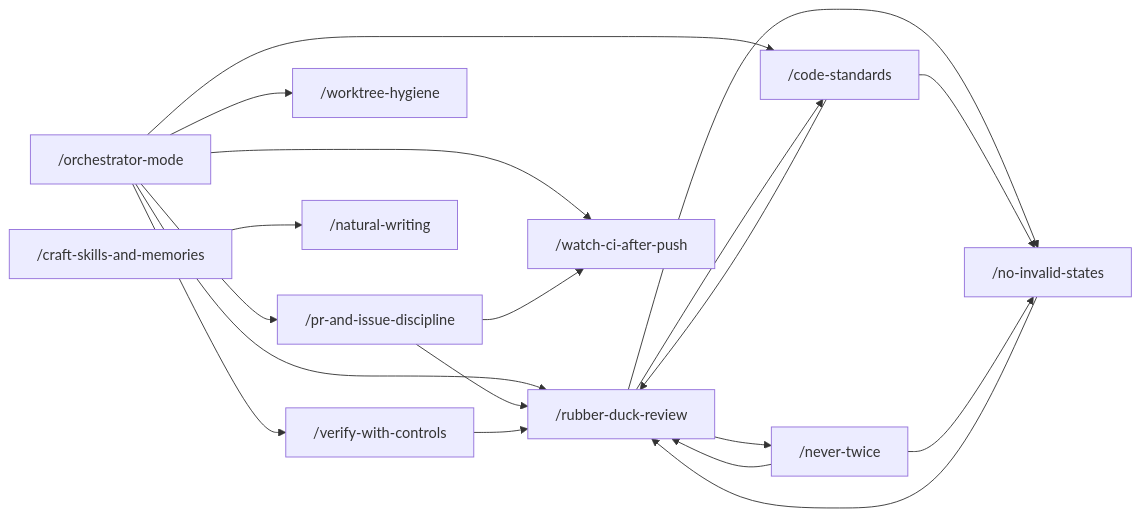
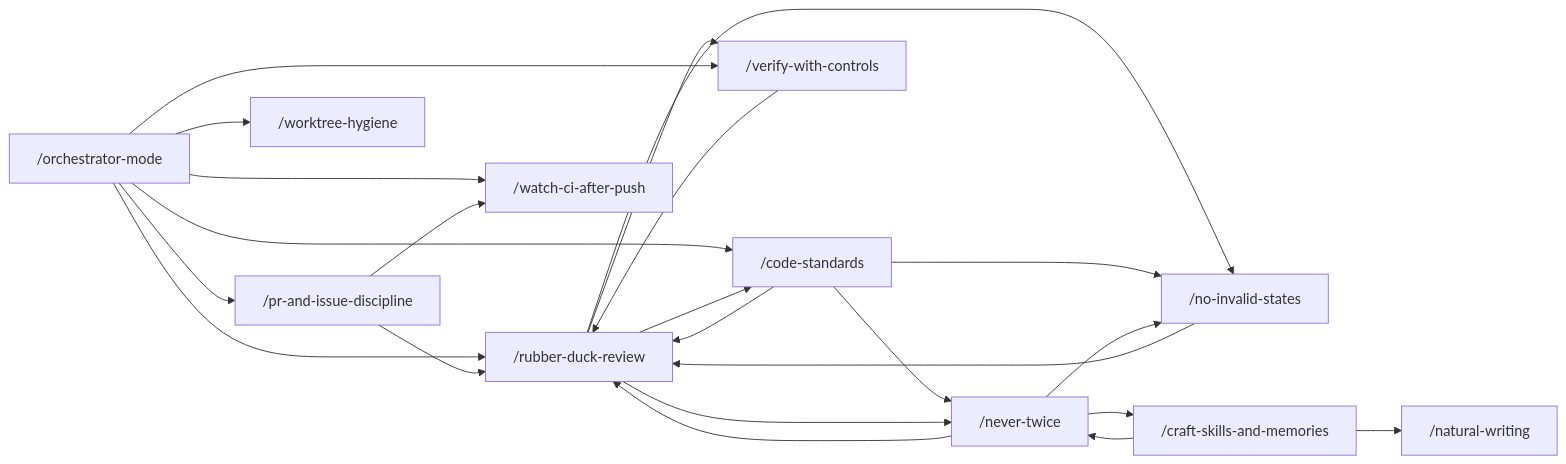
One commit to Vivswan/skills changed the diagram in README.md. Above: the diagram before and after it, drawn with Mermaid. The commit also changed other lines of this file and 22 other files, not shown here.

````diff
--- a/README.md
+++ b/README.md
@@ -36,21 +36,25 @@
 ```mermaid
 graph LR
   om["/orchestrator-mode"] --> rdr["/rubber-duck-review"]
   om --> wca["/watch-ci-after-push"]
   om --> cs["/code-standards"]
   om --> pid["/pr-and-issue-discipline"]
   om --> wh["/worktree-hygiene"]
   pid --> wca
   pid --> rdr
   cs --> rdr
+  cs --> nt
   rdr --> cs
   rdr --> nis["/no-invalid-states"]
   rdr --> nt
+  rdr --> vwc
   nis --> rdr
   cs --> nis
   nt["/never-twice"] --> rdr
   nt --> nis
+  nt --> csm
   om --> vwc["/verify-with-controls"]
   vwc --> rdr
   csm["/craft-skills-and-memories"] --> nw["/natural-writing"]
+  csm --> nt
 ```
````
